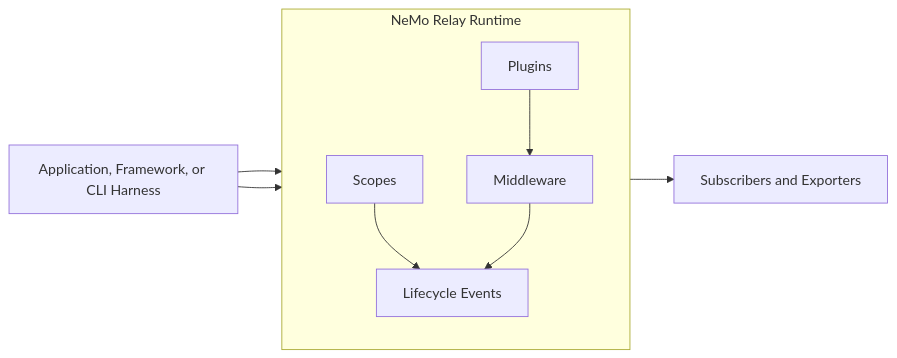
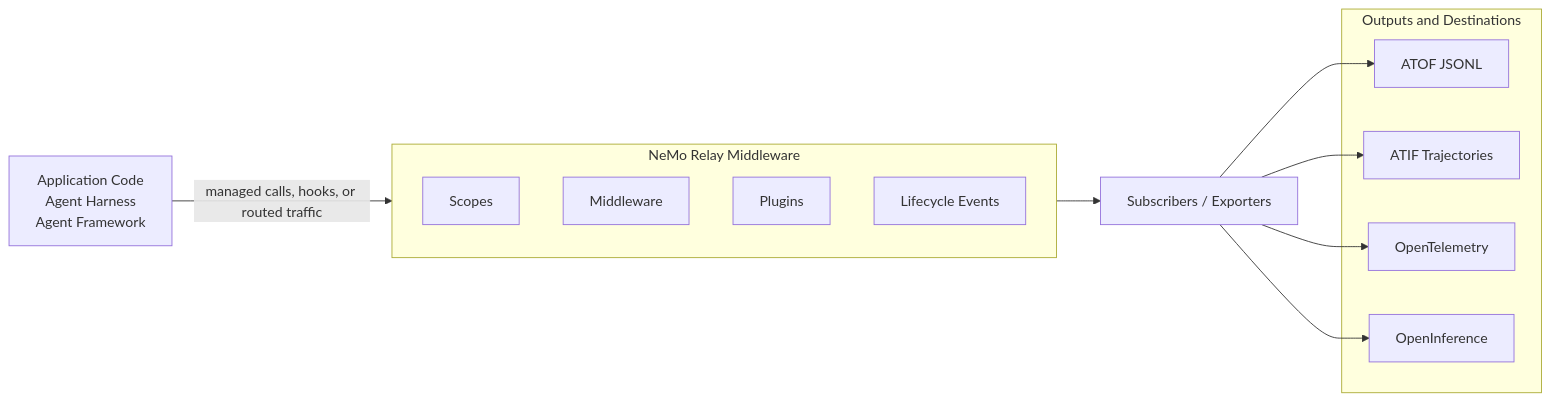
One commit to zqf20096327/ai_collect changed the diagram in data/readmes/NVIDIA__NeMo-Relay.md. Above: the diagram before and after it, drawn with Mermaid. The commit also changed other lines of this file and 1896 other files, not shown here.

````diff
--- a/data/readmes/NVIDIA__NeMo-Relay.md
+++ b/data/readmes/NVIDIA__NeMo-Relay.md
@@ -267,21 +79,24 @@
 ```mermaid
 flowchart LR
-    App[Application, Framework, or CLI Harness]
-
-    subgraph Runtime[NeMo Relay Runtime]
+    Sources["Application Code<br/>Agent Harness<br/>Agent Framework"]
+    subgraph Runtime[NeMo Relay Middleware]
         direction TB
         Scopes[Scopes]
         Middleware[Middleware]
         Plugins[Plugins]
         Events[Lifecycle Events]
     end
-
-    Output[Subscribers and Exporters]
-
-    App --> Scopes
-    App --> Middleware
-    Plugins --> Middleware
-    Scopes --> Events
-    Middleware --> Events
-    Events --> Output
+    Consumers[Subscribers / Exporters]
+    subgraph Outputs[Outputs and Destinations]
+        ATOF[ATOF JSONL]
+        ATIF[ATIF Trajectories]
+        OTEL[OpenTelemetry]
+        OI[OpenInference]
+    end
+    Sources -->|managed calls, hooks, or routed traffic| Runtime
+    Runtime --> Consumers
+    Consumers --> ATOF
+    Consumers --> ATIF
+    Consumers --> OTEL
+    Consumers --> OI
 ```
````
